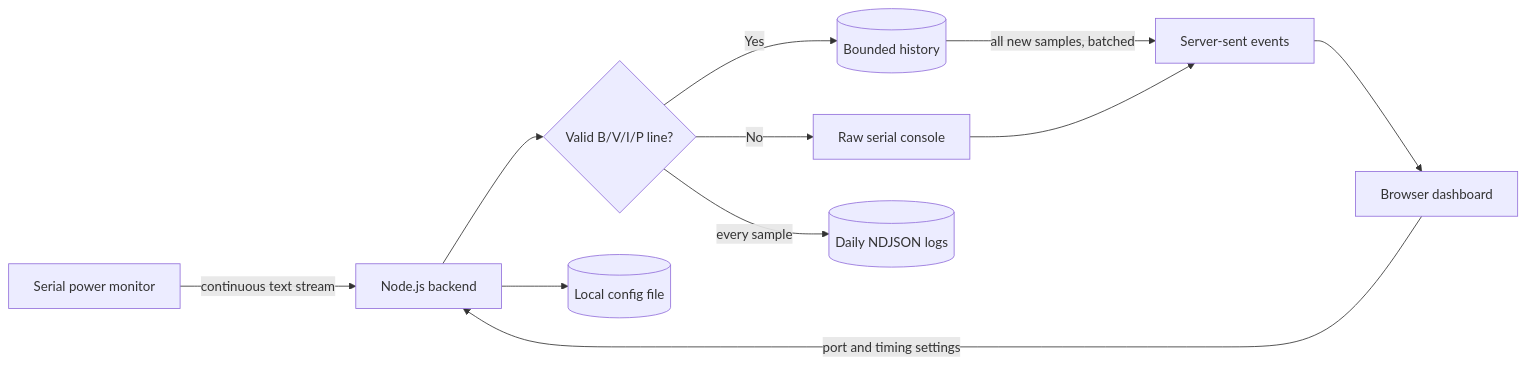
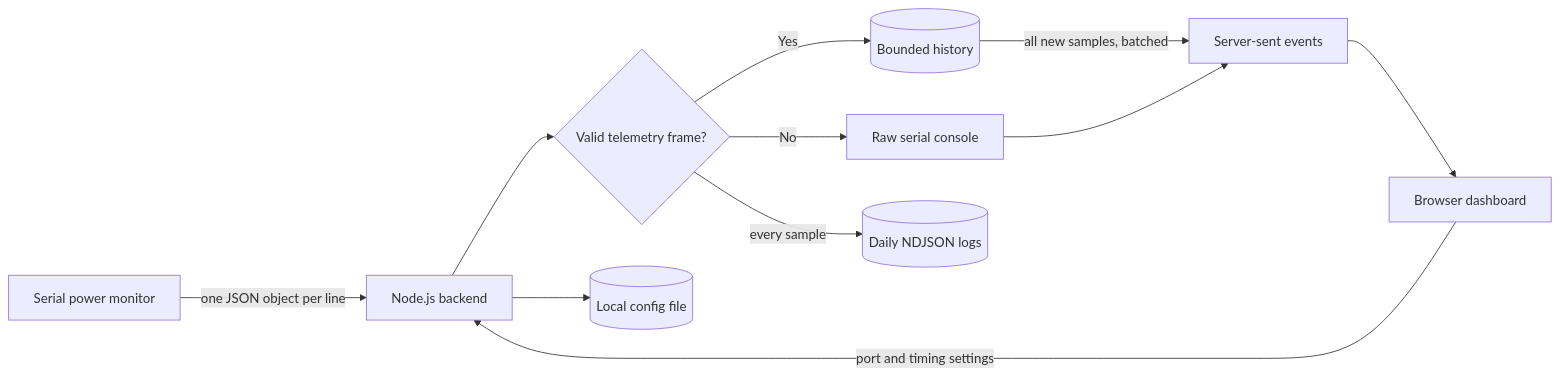
Before and after one commit to Faiisu/WildLifeTracking-NBIOT: the diagram in myprojects/monitor-application/power-monitor/README.md, drawn with Mermaid. The commit also changed other lines of this file and 4 other files, not shown here.

Commit message:
Remove RTT integration from power monitor

````diff
--- a/myprojects/monitor-application/power-monitor/README.md
+++ b/myprojects/monitor-application/power-monitor/README.md
@@ -24,13 +24,13 @@
 ```mermaid
 flowchart LR
-    Device[Serial power monitor] -->|continuous text stream| Backend[Node.js backend]
-    Backend --> Parse{Valid B/V/I/P line?}
+    Device[Serial power monitor] -->|one JSON object per line| Backend[Node.js backend]
+    Backend --> Parse{Valid telemetry frame?}
     Parse -->|Yes| Memory[(Bounded history)]
     Parse -->|No| Console[Raw serial console]
     Parse -->|every sample| Disk[(Daily NDJSON logs)]
     Memory -->|all new samples, batched| Events[Server-sent events]
     Console --> Events
     Events --> Dashboard[Browser dashboard]
     Dashboard -->|port and timing settings| Backend
     Backend --> Config[(Local config file)]
 ```
````
